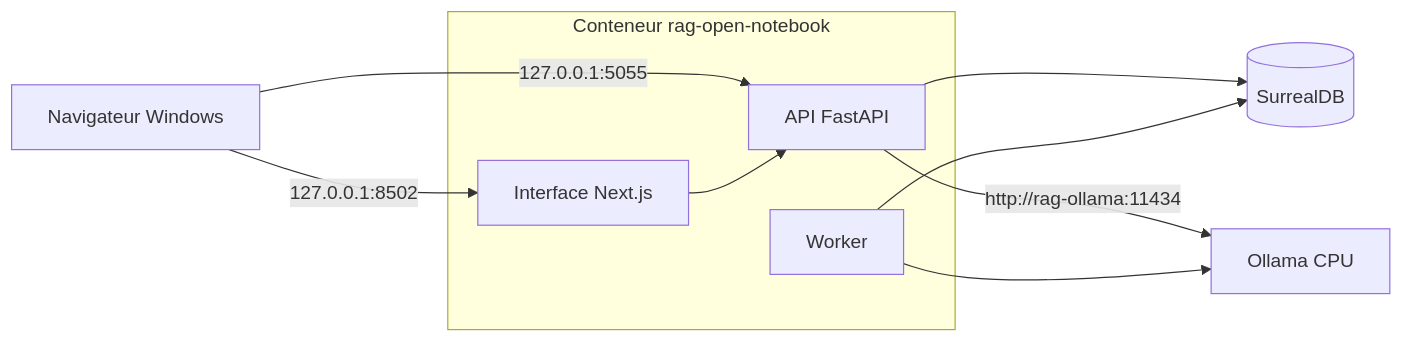
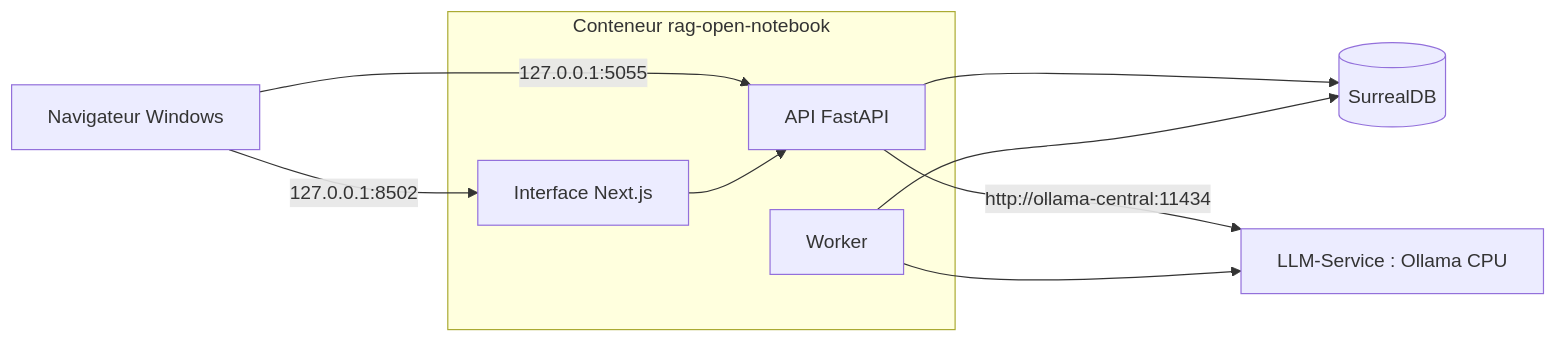
One commit to floSa/Open-Notebook-Test-Bench changed the diagram in docs/open-notebook/00-notions-fondamentales.md. Above: the diagram before and after it, drawn with Mermaid. The commit also changed other lines of this file and 8 other files, not shown here.

Commit message:
Open Notebook : manuels, index et rapport mis à jour pour LLM-Service

````diff
--- a/docs/open-notebook/00-notions-fondamentales.md
+++ b/docs/open-notebook/00-notions-fondamentales.md
@@ -74,15 +74,15 @@
 ```mermaid
 flowchart LR
   N[Navigateur Windows] -->|127.0.0.1:8502| UI[Interface Next.js]
   N -->|127.0.0.1:5055| API[API FastAPI]
   UI --> API
   API --> DB[(SurrealDB)]
   W[Worker] --> DB
-  API -->|http://rag-ollama:11434| O[Ollama CPU]
+  API -->|http://ollama-central:11434| O[LLM-Service : Ollama CPU]
   W --> O
   subgraph rag-open-notebook [Conteneur rag-open-notebook]
     UI
     API
     W
   end
 ```
````
